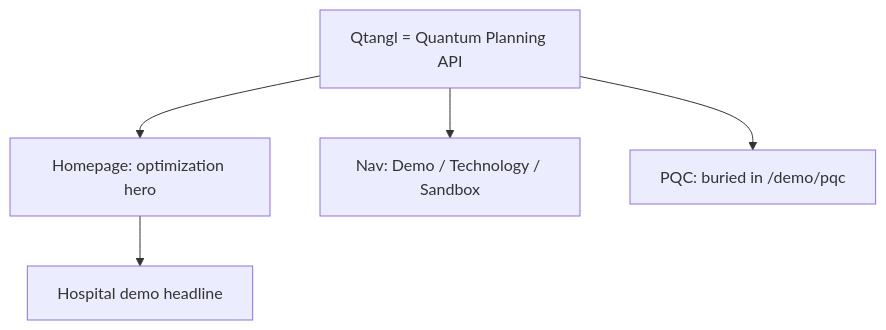
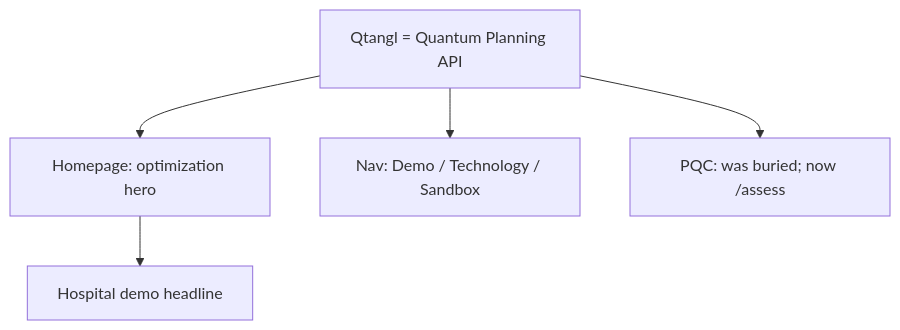
The first of 2 diagrams in roadmap/quantum-readiness/00-transformation-thesis.md (charley-forey/qtangl), drawn with Mermaid before and after one commit. The commit also changed other lines of this file and 87 other files, not shown here.

````diff
--- a/roadmap/quantum-readiness/00-transformation-thesis.md
+++ b/roadmap/quantum-readiness/00-transformation-thesis.md
@@ -81,8 +81,8 @@
 ```mermaid
 graph TB
   Brand["Qtangl = Quantum Planning API"]
   Brand --> OptHome["Homepage: optimization hero"]
   Brand --> OptNav["Nav: Demo / Technology / Sandbox"]
-  Brand --> PqcHidden["PQC: buried in /demo/pqc"]
+  Brand --> PqcHidden["PQC: was buried; now /assess"]
   OptHome --> Hospital["Hospital demo headline"]
 ```
````
